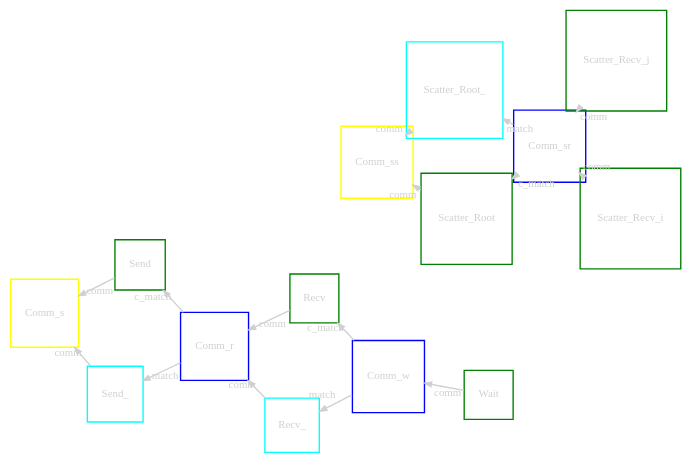
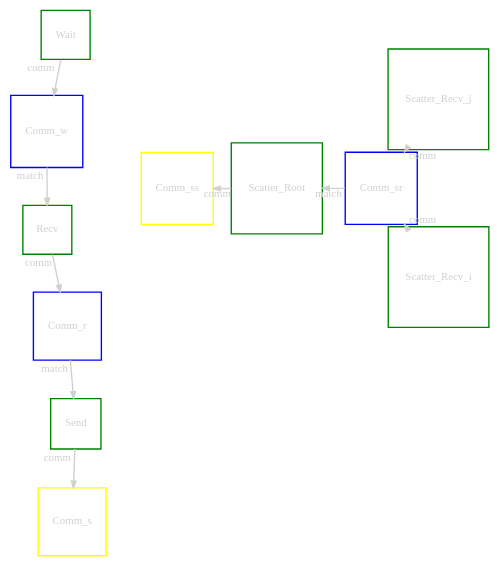
The diagram in README.org (afarah1/pj_compensate), drawn with Graphviz before and after one commit. The commit also changed other lines of this file, not shown here.

Commit message:
Update documentation to reflect changes in the code

```diff
--- a/README.org
+++ b/README.org
@@ -260,38 +263,29 @@
 #+begin_src dot :file graph.png :exports results
 digraph {
   bgcolor="transparent"
   layout="neato"
   node [color="#D0D0D0", fontcolor="#D0D0D0", shape="square", fontsize="8"]
   edge [color="#D0D0D0", fontcolor="#D0D0D0", fontsize=8, arrowsize=0.5 ]
   color="#D0D0D0"
   Recv           [ color="green"  ] // State
-  Recv_          [ color="cyan"   ] // State (copy)
   Comm_r         [ color="blue"   ] // Comm
   Comm_s         [ color="yellow" ] // Comm (fake, bytes only)
   Comm_ss        [ color="yellow" ]
   Comm_w         [ color="blue"   ]
   Send           [ color="green"  ]
-  Send_          [ color="cyan"   ]
   Wait           [ color="green"  ]
   Comm_sr        [ color="blue"   ]
   Scatter_Recv_i [ color="green"  ]
   Scatter_Recv_j [ color="green"  ]
   Scatter_Root   [ color="green"  ]
-  Scatter_Root_  [ color="cyan"   ]
   Recv   -> Comm_r          [ label="comm"    ]
-  Comm_r -> Send            [ label="c_match" ]
-  Comm_r -> Send_           [ label="match"   ]
+  Comm_r -> Send            [ label="match" ]
   Send   -> Comm_s          [ label="comm"    ]
-  Send_  -> Comm_s          [ label="comm"    ]
   Wait   -> Comm_w          [ label="comm"    ]
-  Comm_w -> Recv            [ label="c_match" ]
-  Comm_w -> Recv_           [ label="match"   ]
-  Recv_  -> Comm_r          [ label="comm"    ]
+  Comm_w -> Recv            [ label="match" ]
   Scatter_Recv_i -> Comm_sr [ label="comm"    ]
   Scatter_Recv_j -> Comm_sr [ label="comm"    ]
-  Comm_sr -> Scatter_Root   [ label="c_match" ]
-  Comm_sr -> Scatter_Root_  [ label="match"   ]
+  Comm_sr -> Scatter_Root   [ label="match" ]
   Scatter_Root -> Comm_ss   [ label="comm"    ]
-  Scatter_Root_ -> Comm_ss  [ label="comm"    ]
 }
 #+end_src
```
